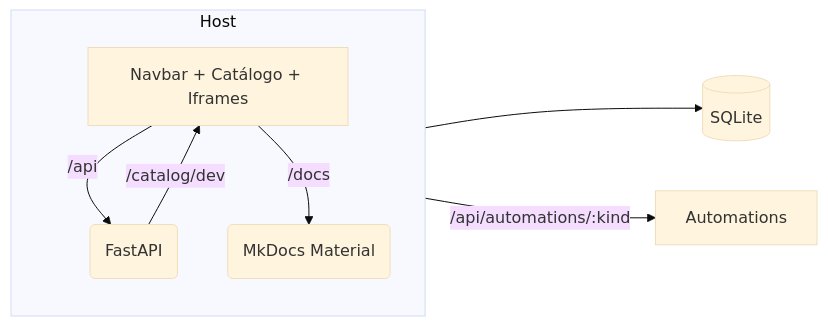
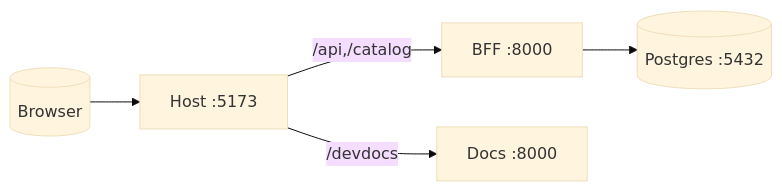
One commit to oBaldon/portal-agepar changed the diagram in apps/docs-site/docs/01-visão-geral-e-arquitetura/index.md. Above: the diagram before and after it, drawn with Mermaid (base theme). The commit also changed other lines of this file and 37 other files, not shown here.

````diff
--- a/apps/docs-site/docs/01-visão-geral-e-arquitetura/index.md
+++ b/apps/docs-site/docs/01-visão-geral-e-arquitetura/index.md
@@ -17,18 +21,13 @@
 ```mermaid
 flowchart LR
-  subgraph Host 
-    direction TB
-    UI[Navbar + Catálogo + Iframes]
-    UI -->|/api| BFF
-    UI -->|/docs| DOCS
-  end
+  Browser[(Browser)]
+  Host[Host :5173]
+  BFF[BFF :8000]
+  Docs[Docs :8000]
+  PG[(Postgres :5432)]
 
-  BFF(FastAPI)
-  DOCS(MkDocs Material)
-  DB[(SQLite)]
-  AUTO[Automations]
-
-  BFF --> DB
-  BFF -->|/catalog/dev| UI
-  BFF -->|/api/automations/:kind| AUTO
+  Browser --> Host
+  Host -->|/api,/catalog| BFF
+  Host -->|/devdocs| Docs
+  BFF --> PG
 ```
````
